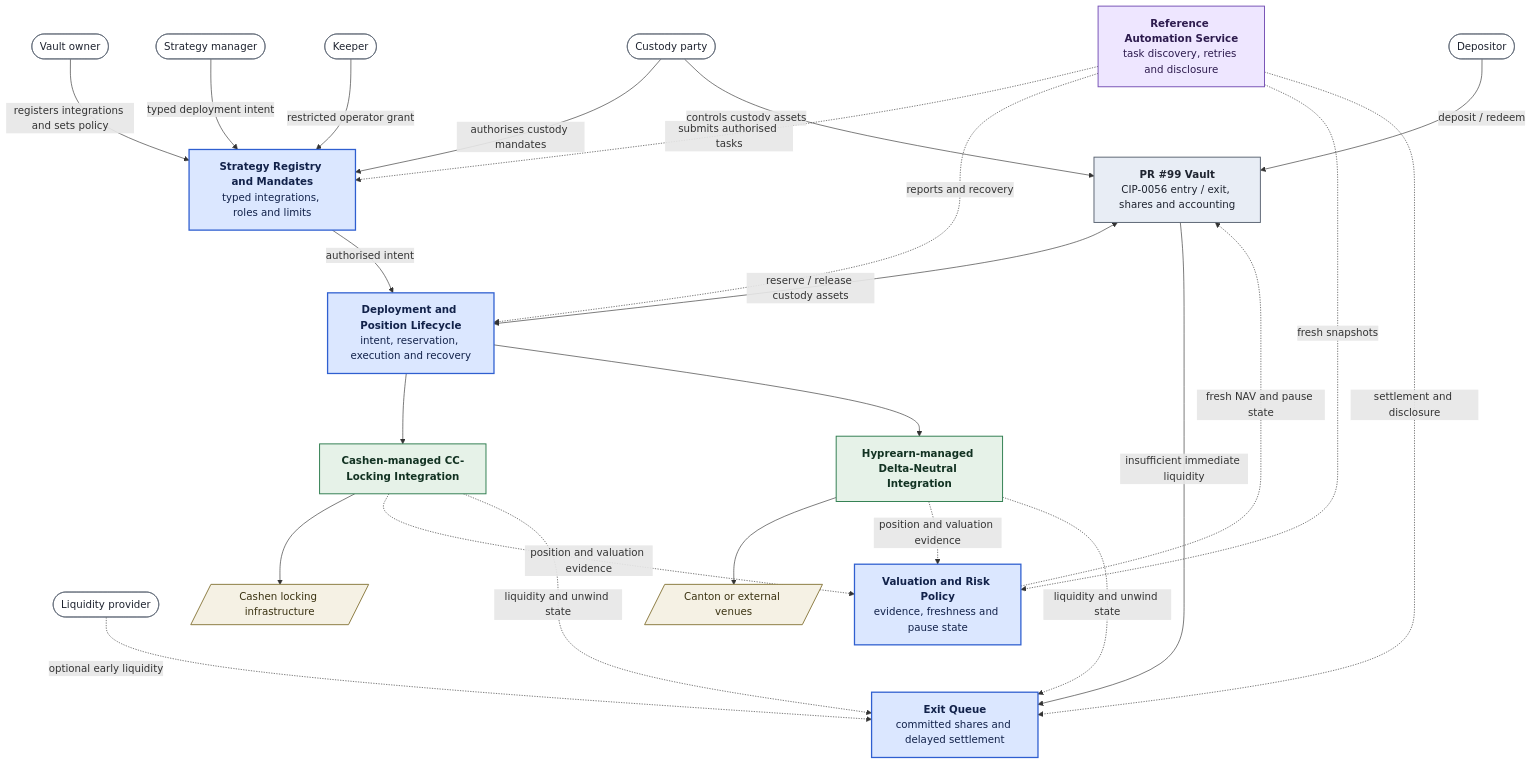
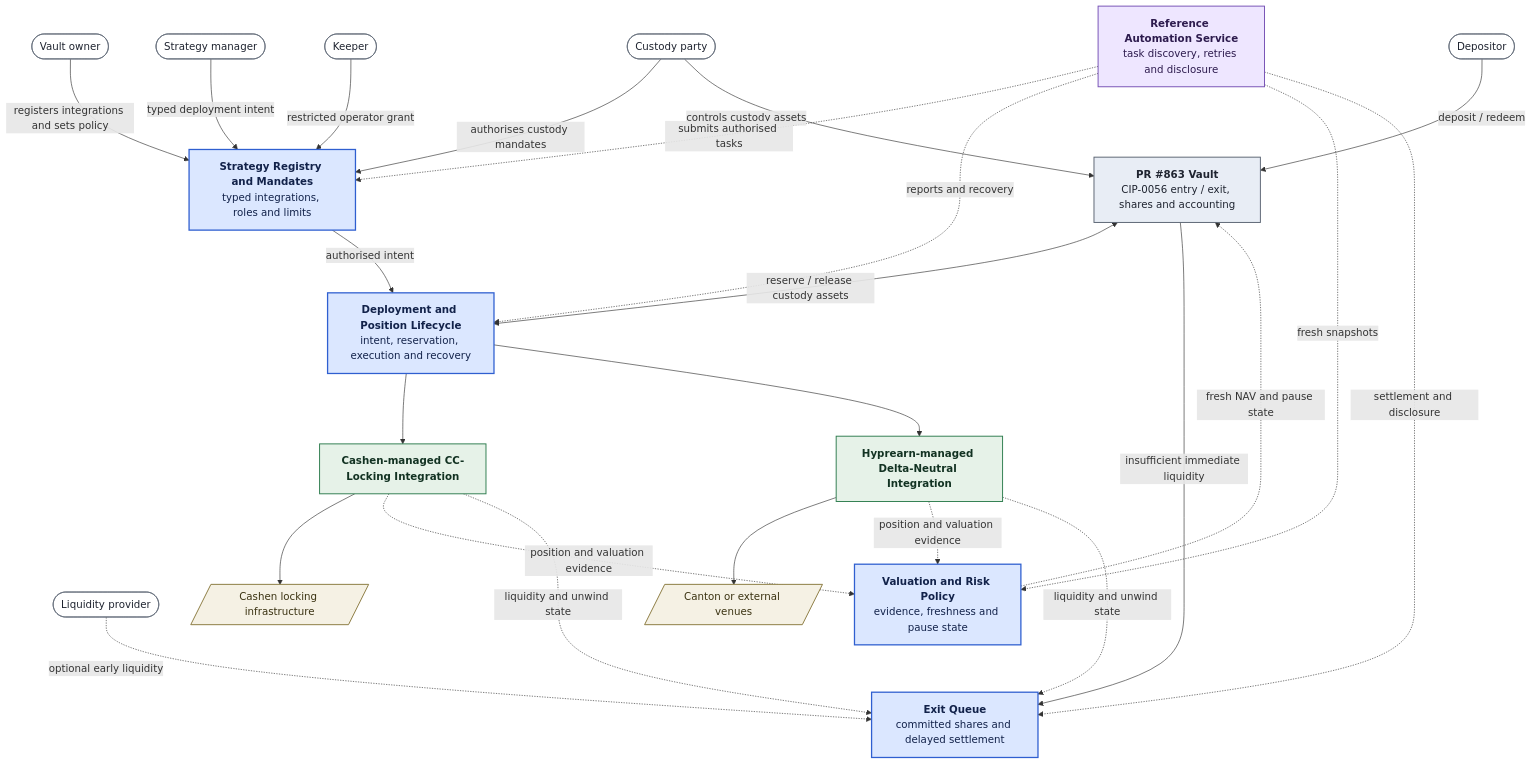
The diagram in rfps/financial-markets-standards-verification/2026-09-hyprearn-canton-vault-infrastructure.md (canton-foundation/canton-dev-fund), drawn with Mermaid before and after one commit. The commit also changed other lines of this file, not shown here.

````diff
--- a/rfps/financial-markets-standards-verification/2026-09-hyprearn-canton-vault-infrastructure.md
+++ b/rfps/financial-markets-standards-verification/2026-09-hyprearn-canton-vault-infrastructure.md
@@ -74,64 +74,64 @@
 ```mermaid
 flowchart TB
     DEP(["Depositor"])
     OWNER(["Vault owner"])
     CUST(["Custody party"])
     MGR(["Strategy manager"])
     KEEP(["Keeper"])
     LP(["Liquidity provider"])
 
-    VAULT["<b>PR #99 Vault</b><br/>CIP-0056 entry / exit, shares and accounting"]
+    VAULT["<b>PR #863 Vault</b><br/>CIP-0056 entry / exit, shares and accounting"]
 
     REG["<b>Strategy Registry and Mandates</b><br/>typed integrations, roles and limits"]
     LIFE["<b>Deployment and Position Lifecycle</b><br/>intent, reservation, execution and recovery"]
     VAL["<b>Valuation and Risk Policy</b><br/>evidence, freshness and pause state"]
     QUEUE["<b>Exit Queue</b><br/>committed shares and delayed settlement"]
     REG ~~~ LIFE ~~~ VAL ~~~ QUEUE
 
     AUTO["<b>Reference Automation Service</b><br/>task discovery, retries and disclosure"]
 
     CASHENAD["<b>Cashen-managed CC-Locking Integration</b>"]
     DNEUTAD["<b>Hyprearn-managed Delta-Neutral Integration</b>"]
 
     CASHEN[/"Cashen locking infrastructure"/]
     VENUES[/"Canton or external venues"/]
 
     DEP -->|deposit / redeem| VAULT
     OWNER -->|registers integrations and sets policy| REG
     CUST -->|authorises custody mandates| REG
     CUST -->|controls custody assets| VAULT
     MGR -->|typed deployment intent| REG
     KEEP -->|restricted operator grant| REG
     REG -->|authorised intent| LIFE
     VAULT <-->|reserve / release custody assets| LIFE
     VAULT -->|insufficient immediate liquidity| QUEUE
     LP -.->|optional early liquidity| QUEUE
     VAL -.->|fresh NAV and pause state| VAULT
 
     LIFE --> CASHENAD
     LIFE --> DNEUTAD
     CASHENAD --> CASHEN
     DNEUTAD --> VENUES
     CASHENAD -.->|position and valuation evidence| VAL
     DNEUTAD -.->|position and valuation evidence| VAL
     CASHENAD -.->|liquidity and unwind state| QUEUE
     DNEUTAD -.->|liquidity and unwind state| QUEUE
     AUTO -.->|submits authorised tasks| REG
     AUTO -.->|reports and recovery| LIFE
     AUTO -.->|fresh snapshots| VAL
     AUTO -.->|settlement and disclosure| QUEUE
 
     classDef actor fill:#ffffff,stroke:#5b6472,stroke-width:1px,color:#1f2430
     classDef adopted fill:#e8edf5,stroke:#5b6472,stroke-width:1.5px,color:#1f2430
     classDef grant fill:#dbe7ff,stroke:#2f5fd0,stroke-width:2px,color:#12224a
     classDef support fill:#eee6ff,stroke:#7651b5,stroke-width:1.5px,color:#2d1b4e
     classDef strat fill:#e6f2e8,stroke:#2f7d4f,stroke-width:1.5px,color:#123222
     classDef ext fill:#f5f1e4,stroke:#8a7a3f,stroke-width:1.5px,color:#3a3211
 
     class DEP,OWNER,CUST,MGR,KEEP,LP actor
     class VAULT adopted
     class REG,LIFE,VAL,QUEUE grant
     class AUTO support
     class CASHENAD,DNEUTAD strat
     class CASHEN,VENUES ext
 ```
````
